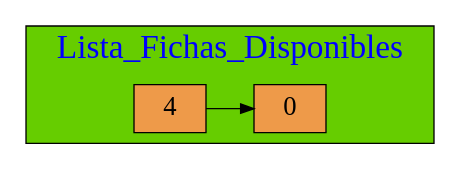
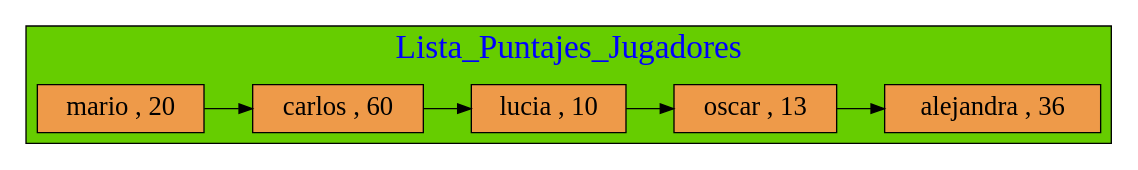
The diagram in Graficas/Score_Board_Usuario.dot (mariotun/EDD_1S2020_PY1_201602942), drawn with Graphviz before and after one commit. The commit also changed 4 other files, not shown here.

```diff
--- a/Graficas/Score_Board_Usuario.dot
+++ b/Graficas/Score_Board_Usuario.dot
@@ -1,25 +1,31 @@
 digraph Lista_Doble{
 
 graph[ranksep= "0.5",nodesep= "0.5"];
 node[fontcolor=black shape=box style=filled fillcolor=tan2 fontsize=20];
 
 subgraph cluster_1 {
 
 fontname=algerian
 fontsize=25;
-label="Lista_Fichas_Disponibles";
+label="Lista_Puntajes_Jugadores";
 fontcolor=blue
 style=filled
 fillcolor=chartreuse3
 labelloc=t;{rank=same;
-25770499504[label=" 4"];
-25770509136[label=" 0"];
+25770475872[label=" mario , 20"];
+25770475952[label=" carlos , 60"];
+25770476032[label=" lucia , 10"];
+25770476112[label=" oscar , 13"];
+25770476192[label=" alejandra , 36"];
 };
 
-25770499504->
-25770509136
+25770475872->
+25770475952->
+25770476032->
+25770476112->
+25770476192
 [dir=front color=black];
 
  }
 
 }
```
